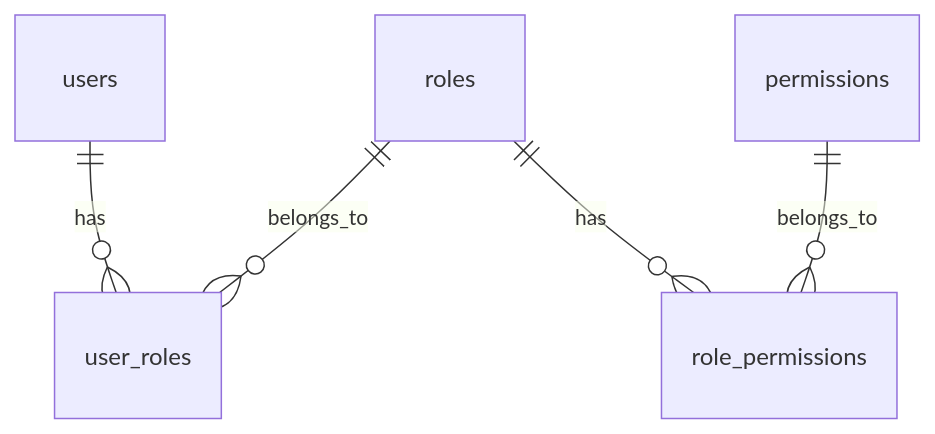
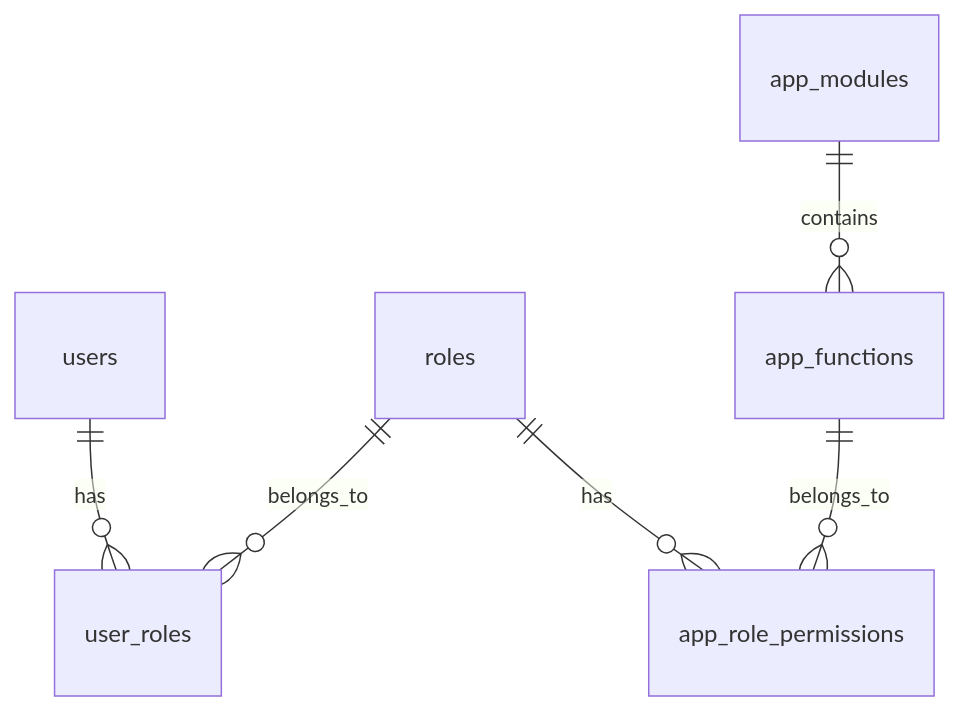
One commit to GinNgo/He-thong-quan-ly-khach-san changed the second of 4 diagrams in docs/THESIS.md. Above: the diagram before and after it, drawn with Mermaid. The commit also changed other lines of this file and 37 other files, not shown here.

````diff
--- a/docs/THESIS.md
+++ b/docs/THESIS.md
@@ -102,7 +123,8 @@
 ```mermaid
 erDiagram
     users ||--o{ user_roles : has
     roles ||--o{ user_roles : belongs_to
-    roles ||--o{ role_permissions : has
-    permissions ||--o{ role_permissions : belongs_to
+    app_modules ||--o{ app_functions : contains
+    roles ||--o{ app_role_permissions : has
+    app_functions ||--o{ app_role_permissions : belongs_to
 ```
````
